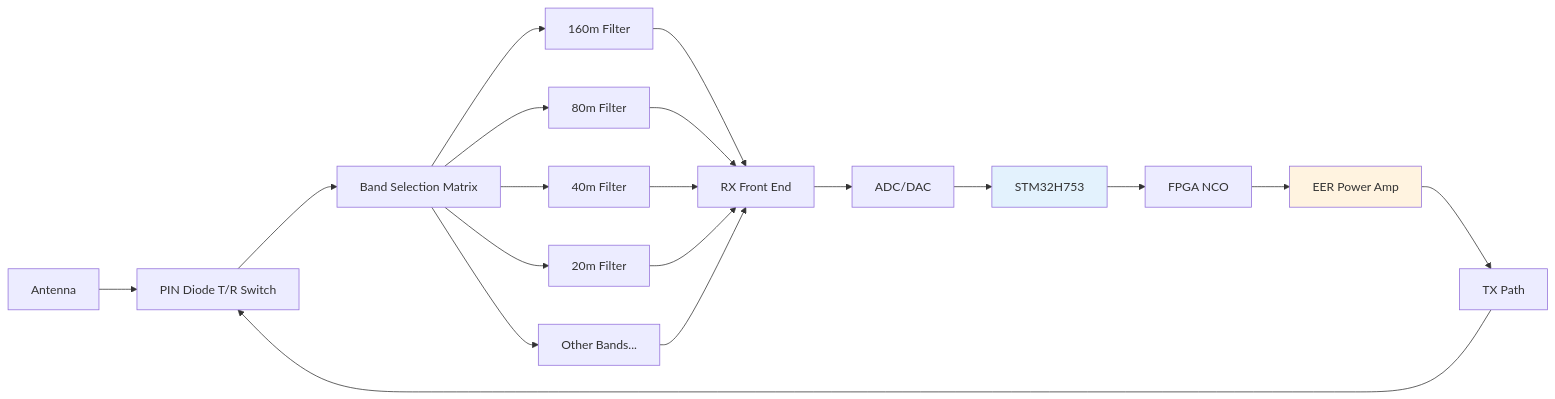
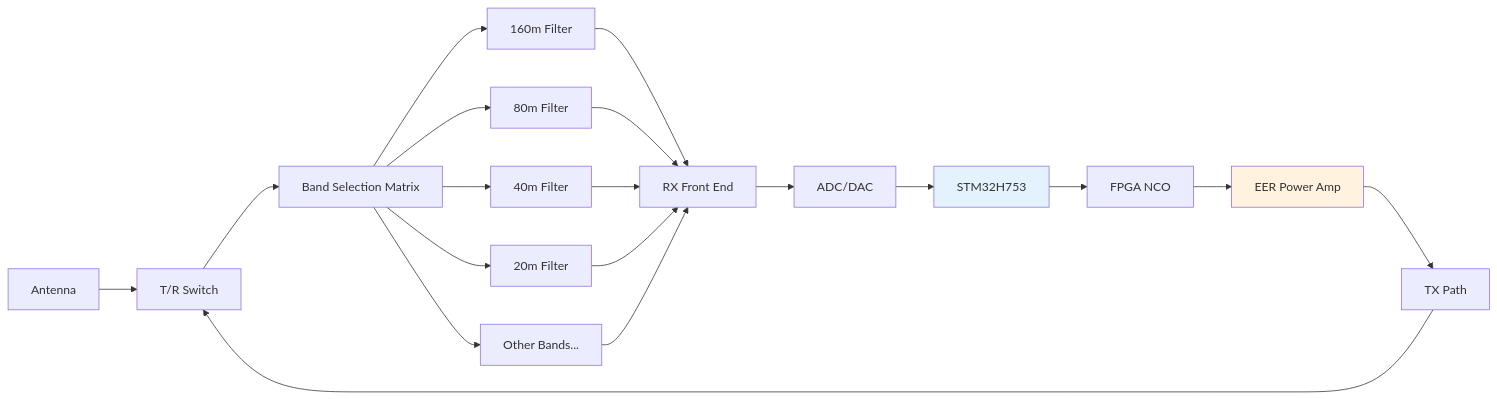
One commit to alanmimms/nexrig changed the first of 4 diagrams in doc/ARCHITECTURE.md. Above: the diagram before and after it, drawn with Mermaid. The commit also changed other lines of this file and 20 other files, not shown here.

````diff
--- a/doc/ARCHITECTURE.md
+++ b/doc/ARCHITECTURE.md
@@ -18,27 +18,27 @@
 ```mermaid
 graph LR
-    A[Antenna] --> B[PIN Diode T/R Switch]
+    A[Antenna] --> B[T/R Switch]
     B --> C[Band Selection Matrix]
     C --> D[160m Filter]
     C --> E[80m Filter]
     C --> F[40m Filter]
     C --> G[20m Filter]
     C --> H[Other Bands...]
     
     D --> I[RX Front End]
     E --> I
     F --> I
     G --> I
     H --> I
     
     I --> J[ADC/DAC]
     J --> K[STM32H753]
     
     K --> L[FPGA NCO]
     L --> M[EER Power Amp]
     M --> N[TX Path]
     N --> B
     
     style K fill:#e3f2fd
     style M fill:#fff3e0
 ```
````
